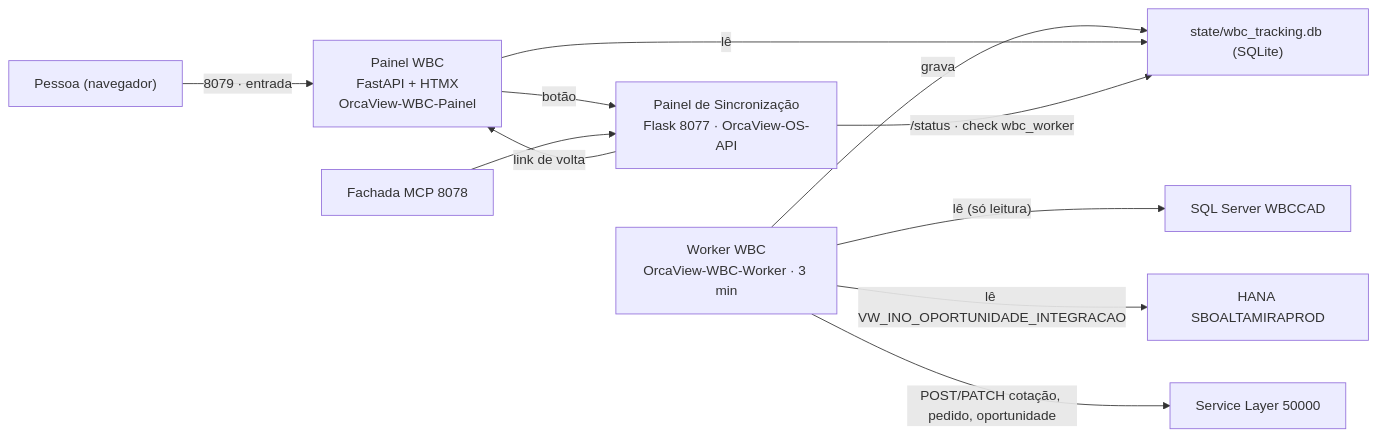
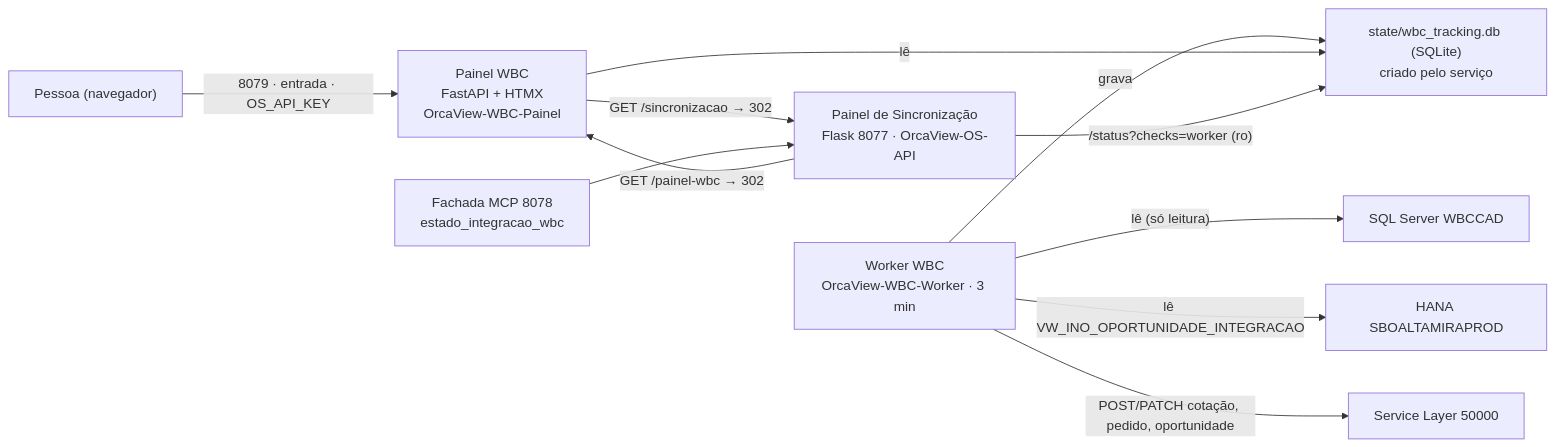
Before and after one commit to MarceloProjetos/oportunidade_wbc: the diagram in docs/PLANO_INTEGRACAO_WBCPYTHON.md, drawn with Mermaid. The commit also changed other lines of this file and 1 other file, not shown here.

Commit message:
docs: plano da integracao WBC atualizado (F1-F3 em master, decisoes de 08/09, roteiro F4/F5) + tool nova no README da fachada

````diff
--- a/docs/PLANO_INTEGRACAO_WBCPYTHON.md
+++ b/docs/PLANO_INTEGRACAO_WBCPYTHON.md
@@ -95,13 +104,13 @@
 ```mermaid
 flowchart LR
-    P["Pessoa (navegador)"] -->|"8079 · entrada"| W["Painel WBC<br/>FastAPI + HTMX<br/>OrcaView-WBC-Painel"]
-    W -->|"botão"| S["Painel de Sincronização<br/>Flask 8077 · OrcaView-OS-API"]
-    S -->|"link de volta"| W
+    P["Pessoa (navegador)"] -->|"8079 · entrada · OS_API_KEY"| W["Painel WBC<br/>FastAPI + HTMX<br/>OrcaView-WBC-Painel"]
+    W -->|"GET /sincronizacao → 302"| S["Painel de Sincronização<br/>Flask 8077 · OrcaView-OS-API"]
+    S -->|"GET /painel-wbc → 302"| W
     K["Worker WBC<br/>OrcaView-WBC-Worker · 3 min"] -->|"lê (só leitura)"| WBC["SQL Server WBCCAD"]
     K -->|"lê VW_INO_OPORTUNIDADE_INTEGRACAO"| H["HANA SBOALTAMIRAPROD"]
     K -->|"POST/PATCH cotação, pedido, oportunidade"| SL["Service Layer 50000"]
-    K -->|"grava"| T["state/wbc_tracking.db (SQLite)"]
+    K -->|"grava"| T["state/wbc_tracking.db (SQLite)<br/>criado pelo serviço"]
     W -->|"lê"| T
-    S -->|"/status · check wbc_worker"| T
-    M["Fachada MCP 8078"] --> S
+    S -->|"/status?checks=worker (ro)"| T
+    M["Fachada MCP 8078<br/>estado_integracao_wbc"] --> S
 ```
````
